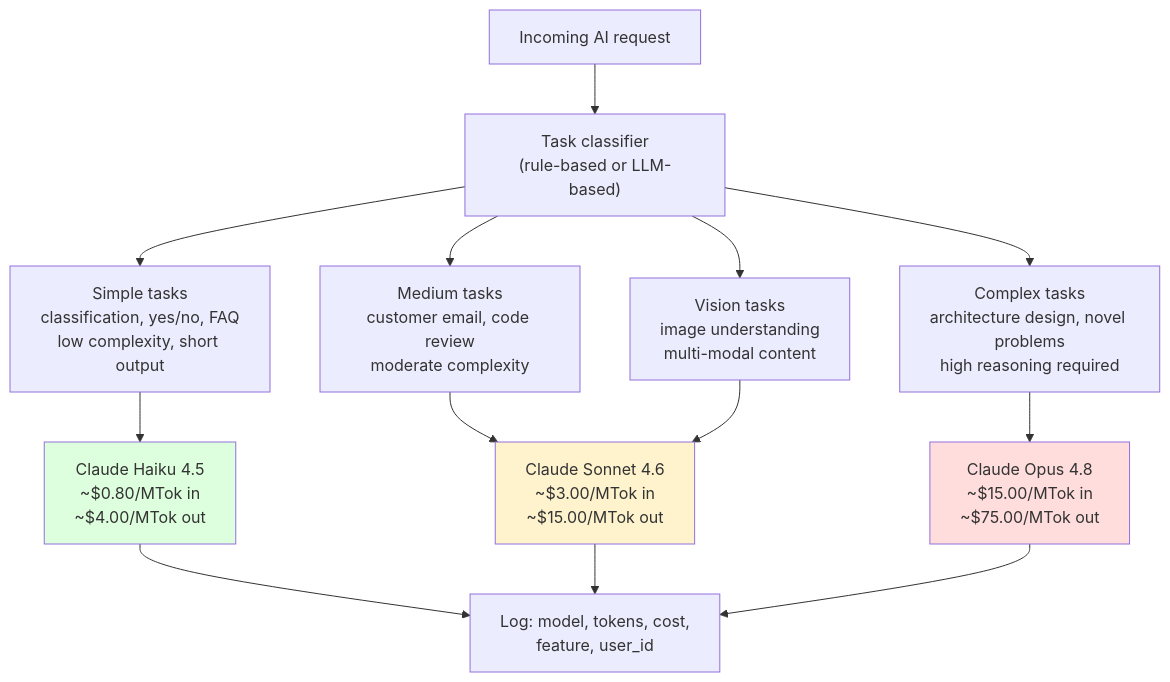
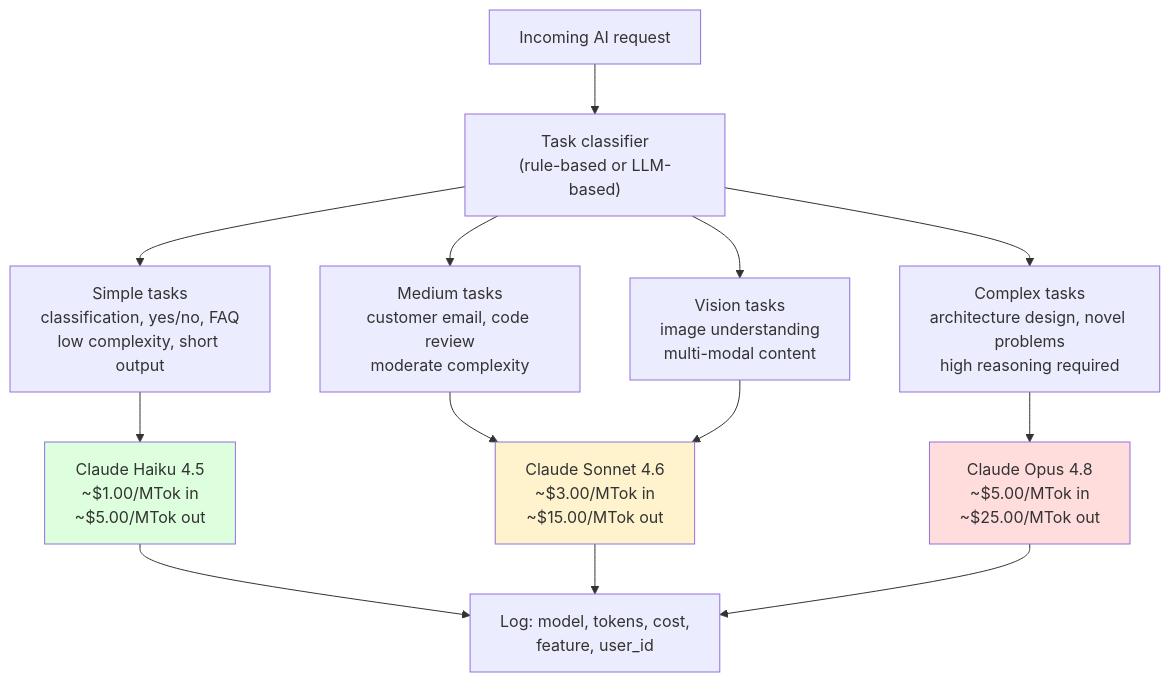
Before and after one commit to Bschouha19/AI-Engineering-Handbook: the third of 6 diagrams in chapters/chapter-19-cost-engineering.md, drawn with Mermaid. The commit also changed other lines of this file and 1 other file, not shown here.

````diff
--- a/chapters/chapter-19-cost-engineering.md
+++ b/chapters/chapter-19-cost-engineering.md
@@ -286,24 +286,24 @@
 ```mermaid
 graph TD
     REQUEST["Incoming AI request"]
     
     REQUEST --> CLASSIFY["Task classifier\n(rule-based or LLM-based)"]
     
     CLASSIFY --> SIMPLE["Simple tasks\nclassification, yes/no, FAQ\nlow complexity, short output"]
     CLASSIFY --> MEDIUM["Medium tasks\ncustomer email, code review\nmoderate complexity"]
     CLASSIFY --> COMPLEX["Complex tasks\narchitecture design, novel problems\nhigh reasoning required"]
     CLASSIFY --> VISION["Vision tasks\nimage understanding\nmulti-modal content"]
     
-    SIMPLE --> HAIKU["Claude Haiku 4.5\n~$0.80/MTok in\n~$4.00/MTok out"]
+    SIMPLE --> HAIKU["Claude Haiku 4.5\n~$1.00/MTok in\n~$5.00/MTok out"]
     MEDIUM --> SONNET["Claude Sonnet 4.6\n~$3.00/MTok in\n~$15.00/MTok out"]
-    COMPLEX --> OPUS["Claude Opus 4.8\n~$15.00/MTok in\n~$75.00/MTok out"]
+    COMPLEX --> OPUS["Claude Opus 4.8\n~$5.00/MTok in\n~$25.00/MTok out"]
     VISION --> SONNET
 
     HAIKU --> LOG["Log: model, tokens, cost,\nfeature, user_id"]
     SONNET --> LOG
     OPUS --> LOG
 
     style HAIKU fill:#dfd
     style SONNET fill:#fff3cd
     style OPUS fill:#fdd
 ```
````
